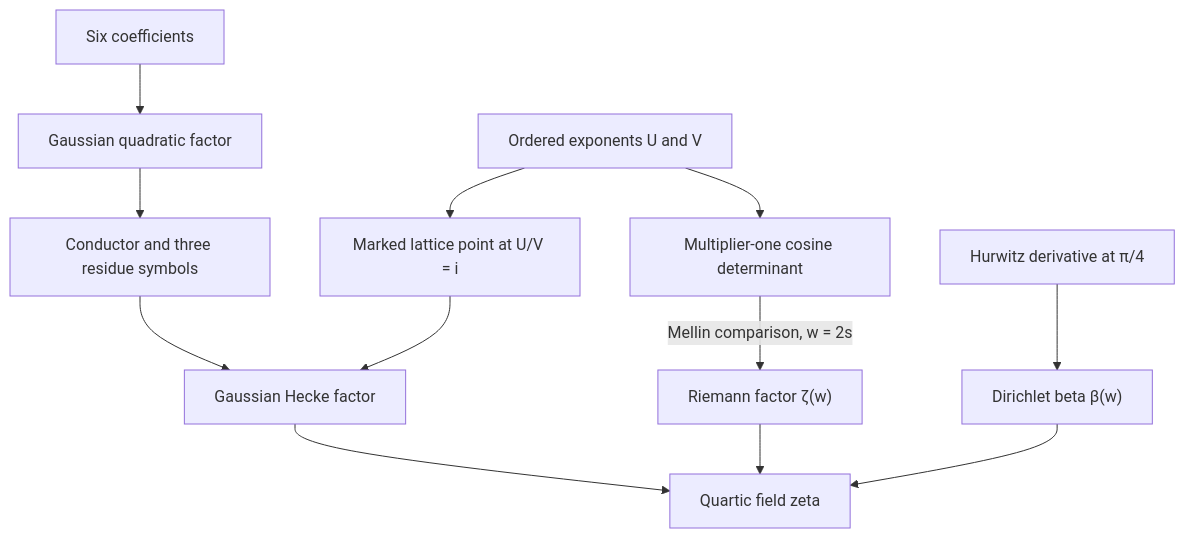
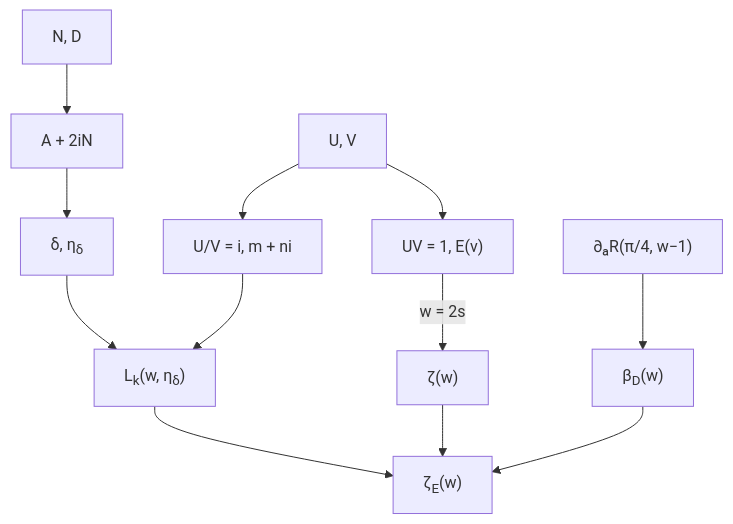
One commit to NuckyDucky/The-Super-Zeta-Function changed the diagram in README.md. Above: the diagram before and after it, drawn with Mermaid. The commit also changed other lines of this file and 38 other files, not shown here.

Commit message:
Move figure explanations into separately editable captions

```diff
--- a/README.md
+++ b/README.md
@@ -203,14 +203,14 @@
 ~~~mermaid
 flowchart TB
-    A["Six coefficients"] --> B["Gaussian quadratic factor"]
-    B --> C["Conductor and three residue symbols"]
-    U["Ordered exponents U and V"] --> G["Marked lattice point at U/V = i"]
-    G --> H["Gaussian Hecke factor"]
+    A["N, D"] --> B["A + 2iN"]
+    B --> C["δ, η<sub>δ</sub>"]
+    U["U, V"] --> G["U/V = i, m + ni"]
+    G --> H["L<sub>k</sub>(w, η<sub>δ</sub>)"]
     C --> H
-    U --> D["Multiplier-one cosine determinant"]
-    D -->|"Mellin comparison, w = 2s"| Z["Riemann factor ζ(w)"]
-    R["Hurwitz derivative at π/4"] --> J["Dirichlet beta β(w)"]
-    H --> F["Quartic field zeta"]
+    U --> D["UV = 1, E(v)"]
+    D -->|"w = 2s"| Z["ζ(w)"]
+    R["∂ₐR(π/4, w−1)"] --> J["β<sub>D</sub>(w)"]
+    H --> F["ζ<sub>E</sub>(w)"]
     Z --> F
     J --> F
 ~~~
```
